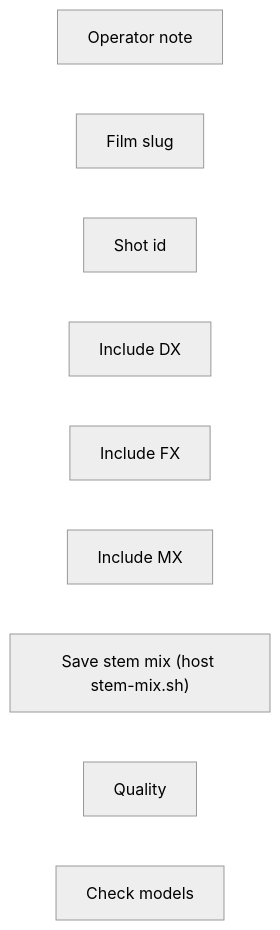
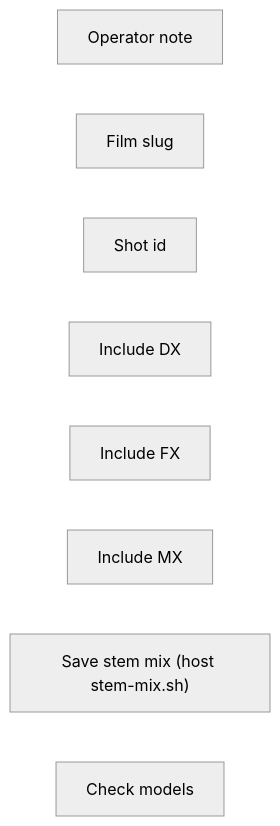
The diagram in docs/generated/workflows/audio/stem-mix.md (toxicoder/ez-comfy-stack), drawn with Mermaid (neutral theme) before and after one commit. The commit also changed other lines of this file and 475 other files, not shown here.

````diff
--- a/docs/generated/workflows/audio/stem-mix.md
+++ b/docs/generated/workflows/audio/stem-mix.md
@@ -62,12 +62,11 @@
 ```mermaid
 flowchart LR
   N1["Operator note"]
   N2["Film slug"]
   N3["Shot id"]
   N4["Include DX"]
   N5["Include FX"]
   N6["Include MX"]
   N7["Save stem mix (host stem-mix.sh)"]
-  N8["Quality"]
   N9["Check models"]
 ```
````
